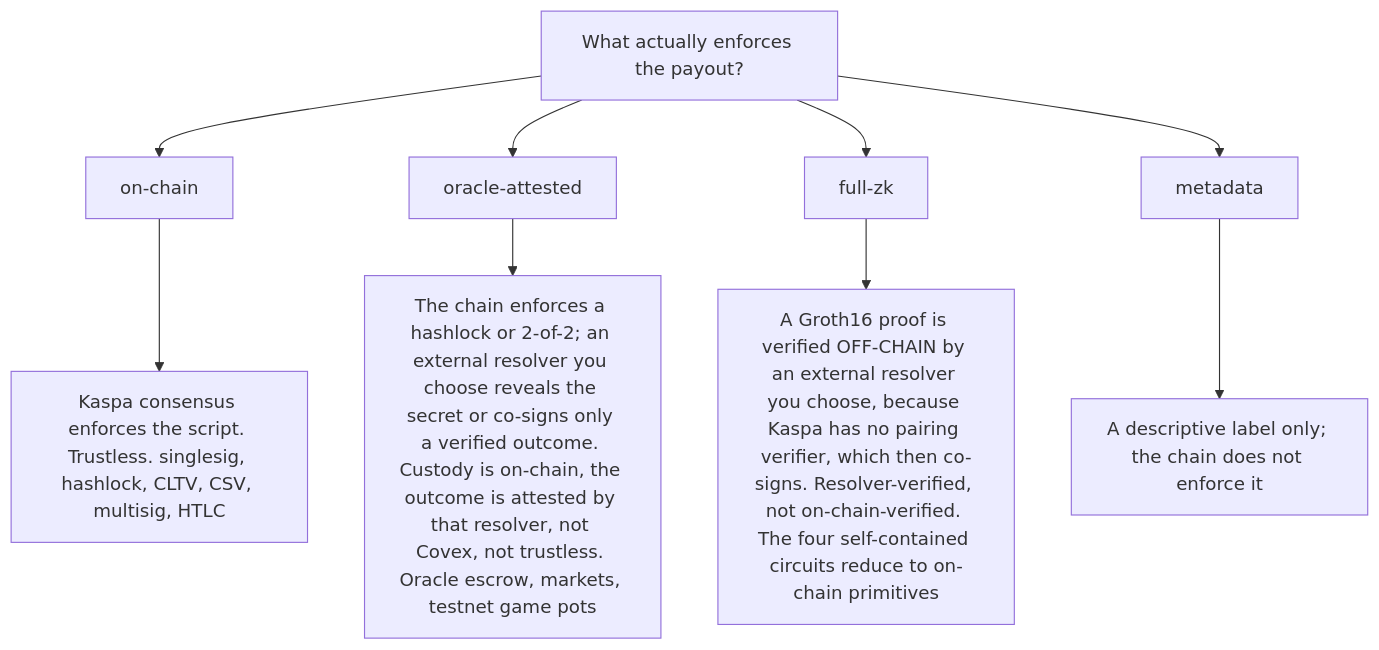
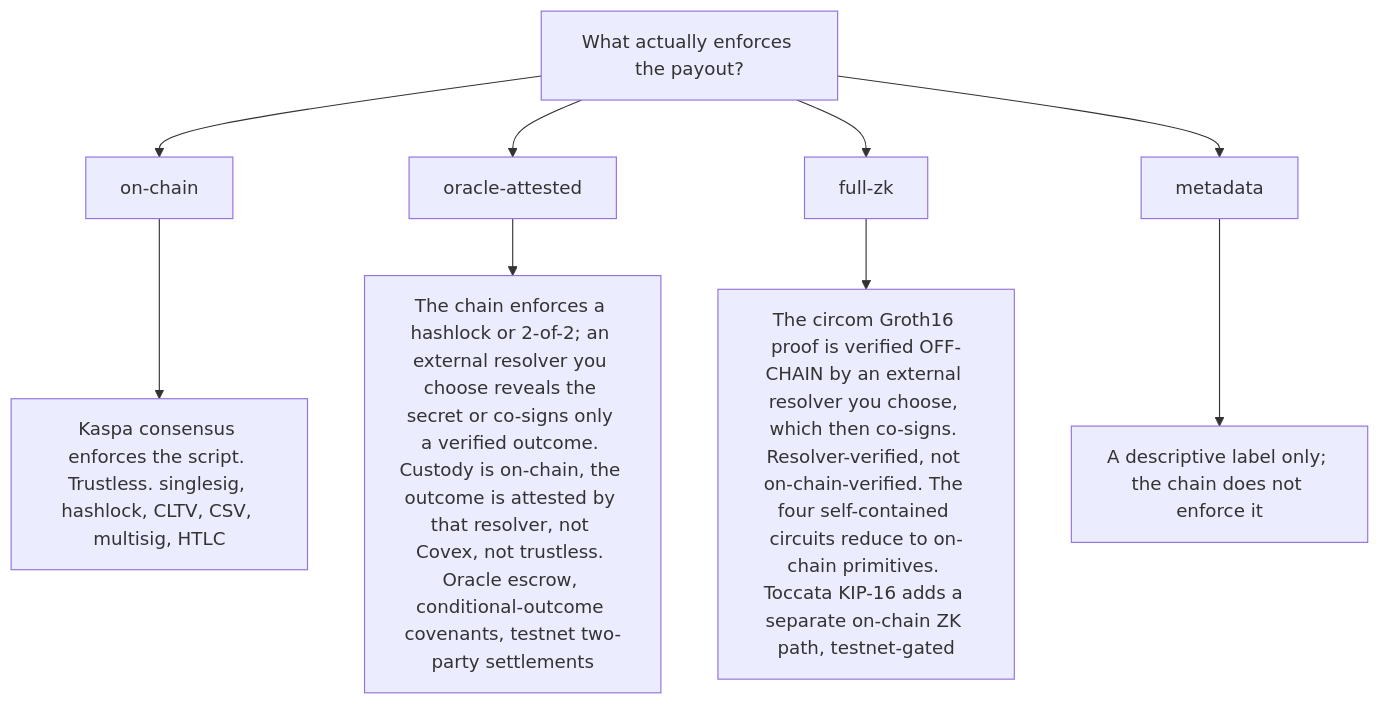
The third of 5 diagrams in README.md (THTProtocol/Covex27), drawn with Mermaid before and after one commit. The commit also changed other lines of this file and 29 other files, not shown here.

````diff
--- a/README.md
+++ b/README.md
@@ -196,12 +196,12 @@
 ```mermaid
 flowchart TD
   Q["What actually enforces the payout?"]
   Q --> ON["on-chain"]
   Q --> OA["oracle-attested"]
   Q --> FZ["full-zk"]
   Q --> MD["metadata"]
   ON --> ONx["Kaspa consensus enforces the script. Trustless. singlesig, hashlock, CLTV, CSV, multisig, HTLC"]
-  OA --> OAx["The chain enforces a hashlock or 2-of-2; an external resolver you choose reveals the secret or co-signs only a verified outcome. Custody is on-chain, the outcome is attested by that resolver, not Covex, not trustless. Oracle escrow, markets, testnet game pots"]
-  FZ --> FZx["A Groth16 proof is verified OFF-CHAIN by an external resolver you choose, because Kaspa has no pairing verifier, which then co-signs. Resolver-verified, not on-chain-verified. The four self-contained circuits reduce to on-chain primitives"]
+  OA --> OAx["The chain enforces a hashlock or 2-of-2; an external resolver you choose reveals the secret or co-signs only a verified outcome. Custody is on-chain, the outcome is attested by that resolver, not Covex, not trustless. Oracle escrow, conditional-outcome covenants, testnet two-party settlements"]
+  FZ --> FZx["The circom Groth16 proof is verified OFF-CHAIN by an external resolver you choose, which then co-signs. Resolver-verified, not on-chain-verified. The four self-contained circuits reduce to on-chain primitives. Toccata KIP-16 adds a separate on-chain ZK path, testnet-gated"]
   MD --> MDx["A descriptive label only; the chain does not enforce it"]
 ```
````
